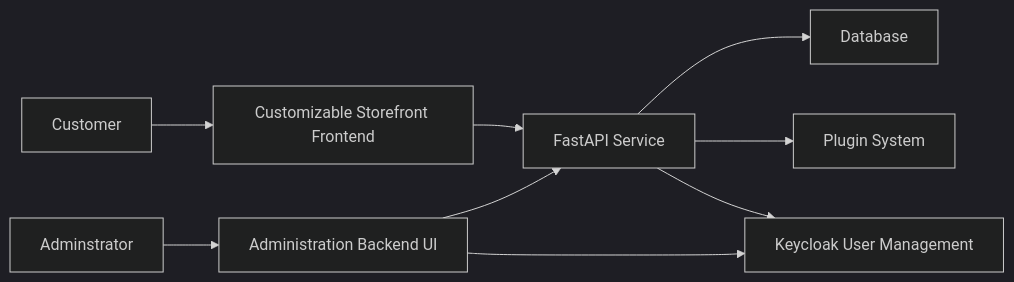
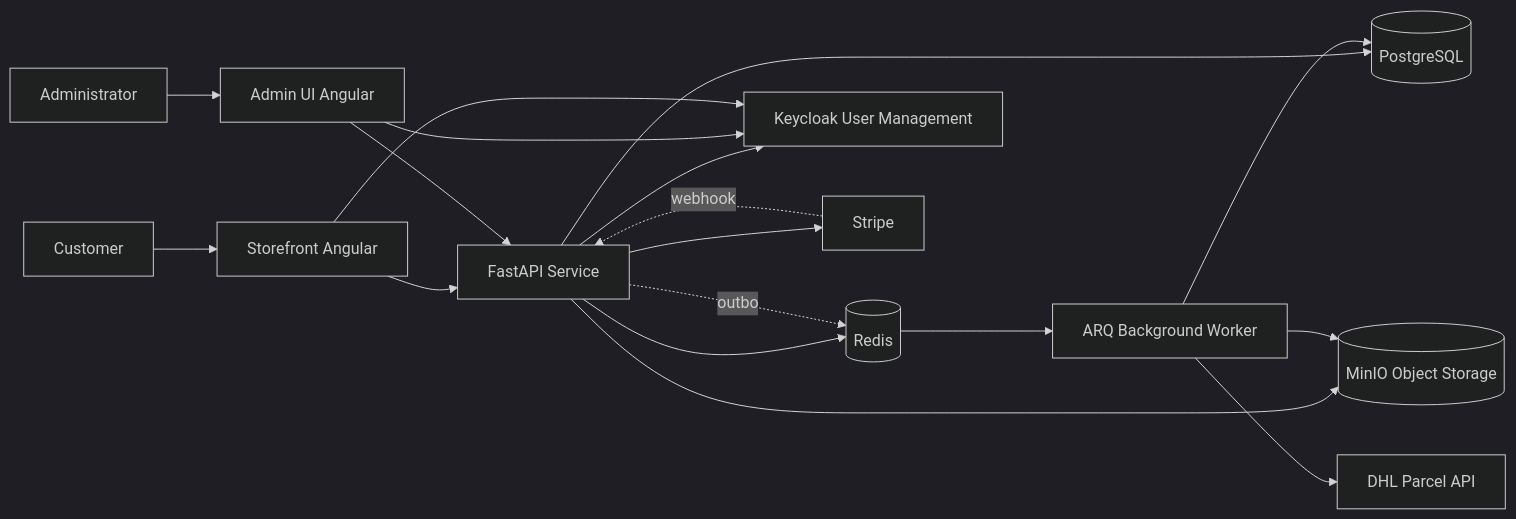
The first of 2 diagrams in home.md (OpenTaberna/wiki), drawn with Mermaid (dark theme) before and after one commit. The commit also changed other lines of this file and 12 other files, not shown here.

````diff
--- a/home.md
+++ b/home.md
@@ -26,27 +42,40 @@
 ```mermaid
 graph LR
 
     Shopper[Customer]
-    Admin[Adminstrator]
+    Admin[Administrator]
 
-    Frontend[Customizable Storefront Frontend]
-    AdminUI[Administration Backend UI]
+    Frontend[Storefront Angular]
+    AdminUI[Admin UI Angular]
 
     FastAPI[FastAPI Service]
-    DB[Database]
-    Plugins[Plugin System]
+    Worker[ARQ Background Worker]
+    DB[(PostgreSQL)]
+    Redis[(Redis)]
+    Storage[(MinIO Object Storage)]
     Keycloak[Keycloak User Management]
+    Stripe[Stripe]
+    DHL[DHL Parcel API]
 
     Shopper --> Frontend
     Admin --> AdminUI
 
     Frontend --> FastAPI
     AdminUI --> FastAPI
 
     FastAPI --> DB
-    FastAPI --> Plugins
-
+    FastAPI --> Redis
+    FastAPI --> Storage
     FastAPI --> Keycloak
     AdminUI --> Keycloak
+    Frontend --> Keycloak
 
+    FastAPI --> Stripe
+    Stripe -.webhook.-> FastAPI
+
+    FastAPI -.outbox.-> Redis
+    Redis --> Worker
+    Worker --> DB
+    Worker --> Storage
+    Worker --> DHL
 ```
````
